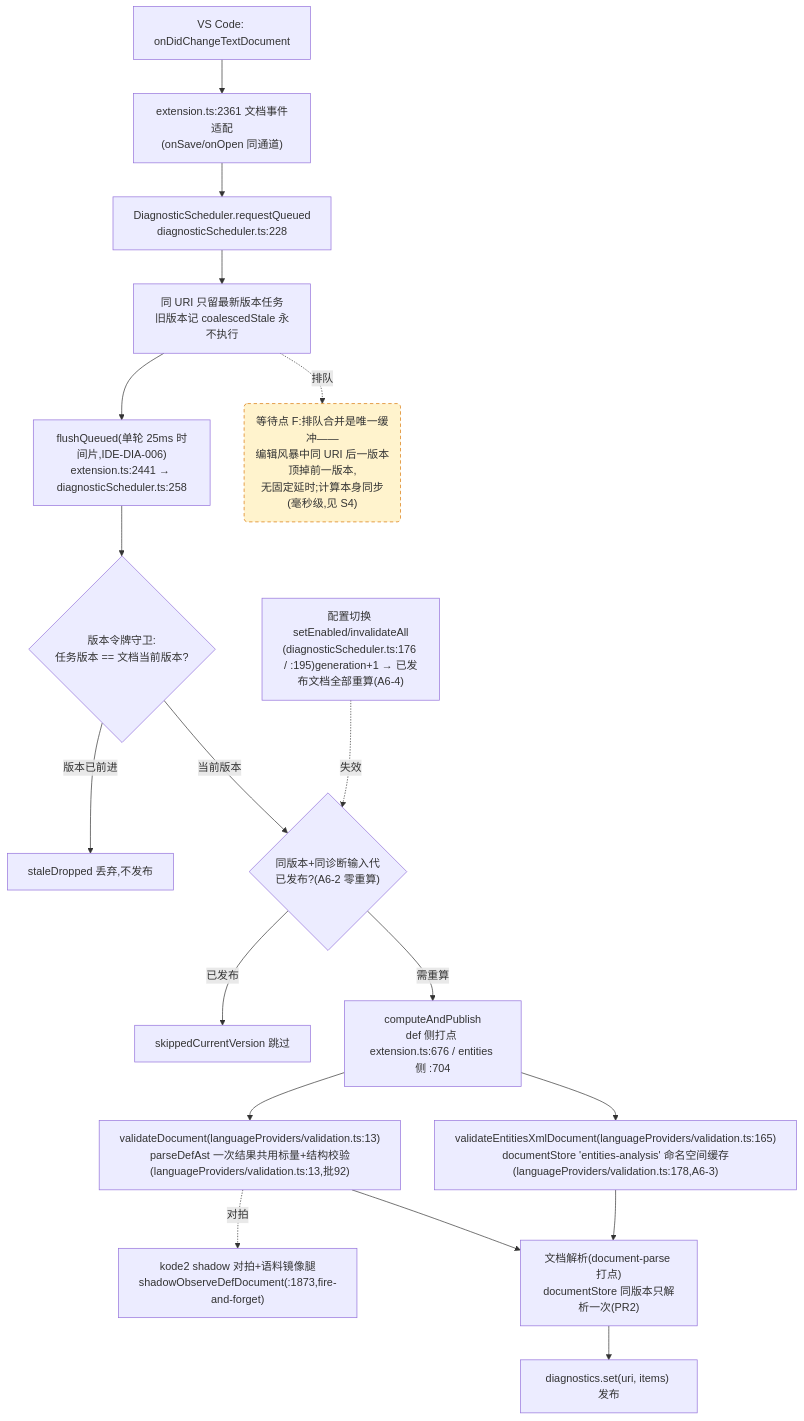
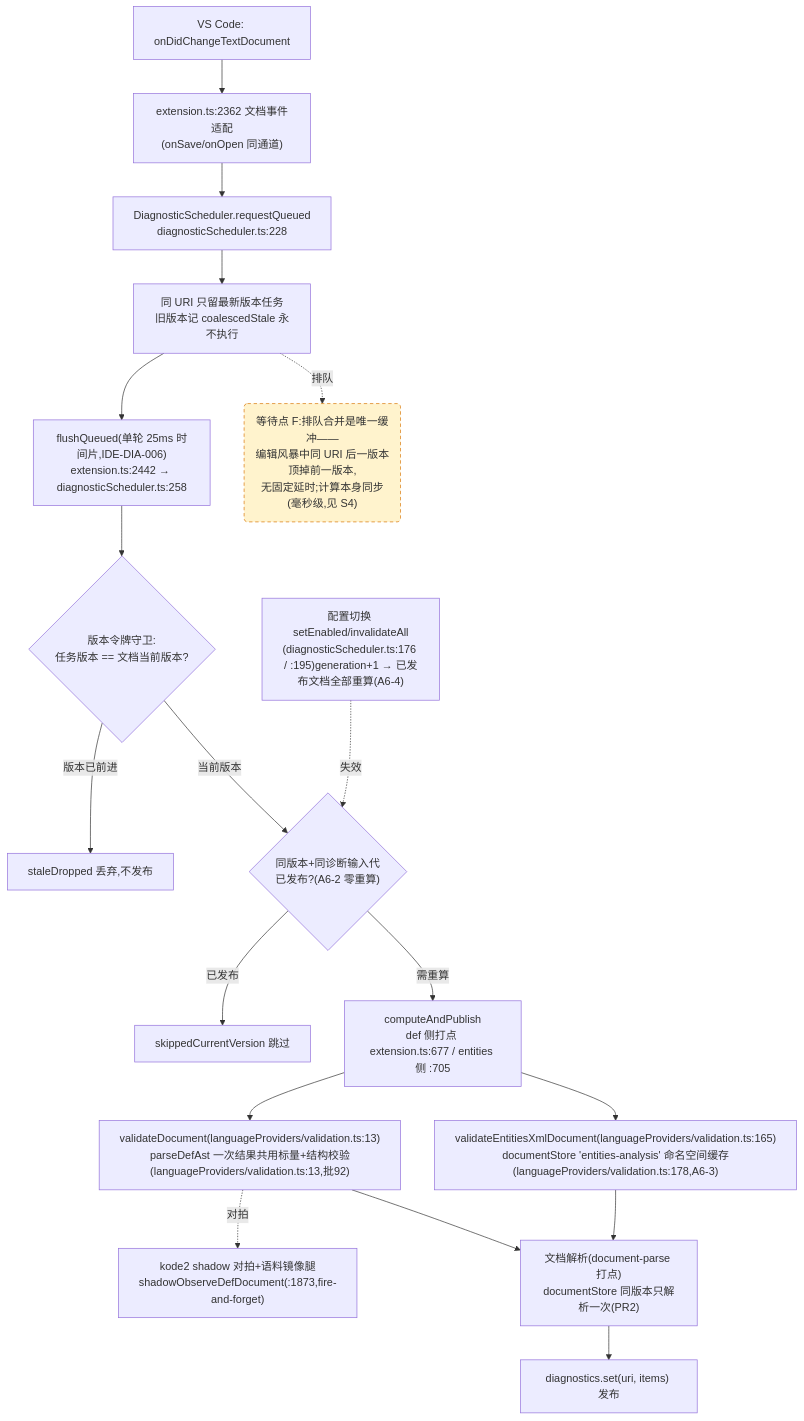
One commit to cuihairu/kode changed the fourth of 4 diagrams in docs/perf/2026-baseline.md. Above: the diagram before and after it, drawn with Mermaid. The commit also changed other lines of this file and 16 other files, not shown here.

````diff
--- a/docs/perf/2026-baseline.md
+++ b/docs/perf/2026-baseline.md
@@ -214,38 +214,38 @@
 ```mermaid
 flowchart TD
   CHG["VS Code: onDidChangeTextDocument"]
-  WATCH["extension.ts:2361 文档事件适配<br/>(onSave/onOpen 同通道)"]
+  WATCH["extension.ts:2362 文档事件适配<br/>(onSave/onOpen 同通道)"]
   RQ["DiagnosticScheduler.requestQueued<br/>diagnosticScheduler.ts:228"]
   CO["同 URI 只留最新版本任务<br/>旧版本记 coalescedStale 永不执行"]
-  FL["flushQueued(单轮 25ms 时间片,IDE-DIA-006)<br/>extension.ts:2441 → diagnosticScheduler.ts:258"]
+  FL["flushQueued(单轮 25ms 时间片,IDE-DIA-006)<br/>extension.ts:2442 → diagnosticScheduler.ts:258"]
   VG{"版本令牌守卫:<br/>任务版本 == 文档当前版本?"}
   DROP["staleDropped 丢弃,不发布"]
   GEN{"同版本+同诊断输入代<br/>已发布?(A6-2 零重算)"}
   SKIP["skippedCurrentVersion 跳过"]
-  CALC["computeAndPublish<br/>def 侧打点 extension.ts:676 / entities 侧 :704"]
+  CALC["computeAndPublish<br/>def 侧打点 extension.ts:677 / entities 侧 :705"]
   VD["validateDocument(languageProviders/validation.ts:13)<br/>parseDefAst 一次结果共用标量+结构校验(languageProviders/validation.ts:13,批92)"]
   VEX["validateEntitiesXmlDocument(languageProviders/validation.ts:165)<br/>documentStore 'entities-analysis' 命名空间缓存(languageProviders/validation.ts:178,A6-3)"]
   SHDD["kode2 shadow 对拍+语料镜像腿<br/>shadowObserveDefDocument(:1873,fire-and-forget)"]
   DS["文档解析(document-parse 打点)<br/>documentStore 同版本只解析一次(PR2)"]
   PUB["diagnostics.set(uri, items) 发布"]
   CFG2["配置切换 setEnabled/invalidateAll<br/>(diagnosticScheduler.ts:176 / :195)generation+1 → 已发布文档全部重算(A6-4)"]
 
   CHG --> WATCH --> RQ --> CO --> FL --> VG
   VG -- "版本已前进" --> DROP
   VG -- "当前版本" --> GEN
   GEN -- "已发布" --> SKIP
   GEN -- "需重算" --> CALC
   CALC --> VD
   CALC --> VEX
   VD --> DS
   VEX --> DS
   DS --> PUB
   VD -.->|对拍| SHDD
   CFG2 -.->|失效| GEN
 
   WAITF("等待点 F:排队合并是唯一缓冲——<br/>编辑风暴中同 URI 后一版本顶掉前一版本,<br/>无固定延时;计算本身同步(毫秒级,见 S4)")
   CO -.->|排队| WAITF
 
   classDef waitPoint fill:#fff3cd,stroke:#d97706,stroke-dasharray:5 4;
   class WAITF waitPoint;
 ```
````
